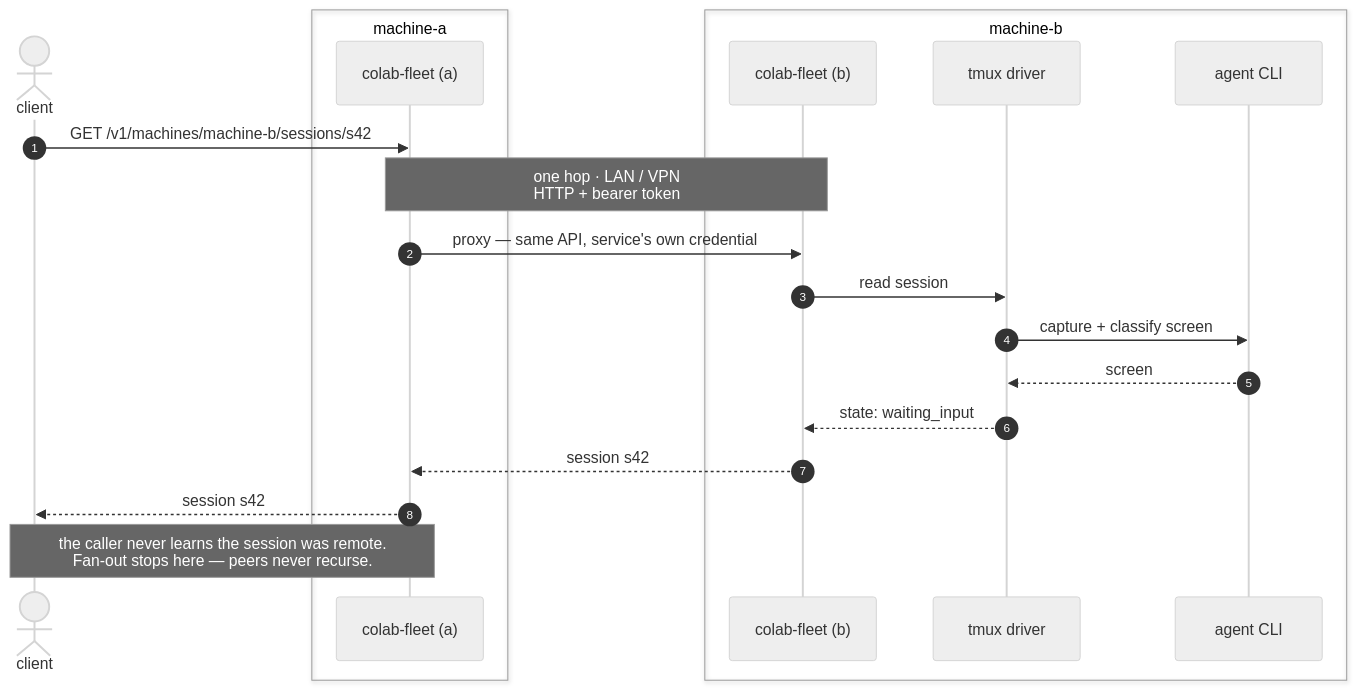
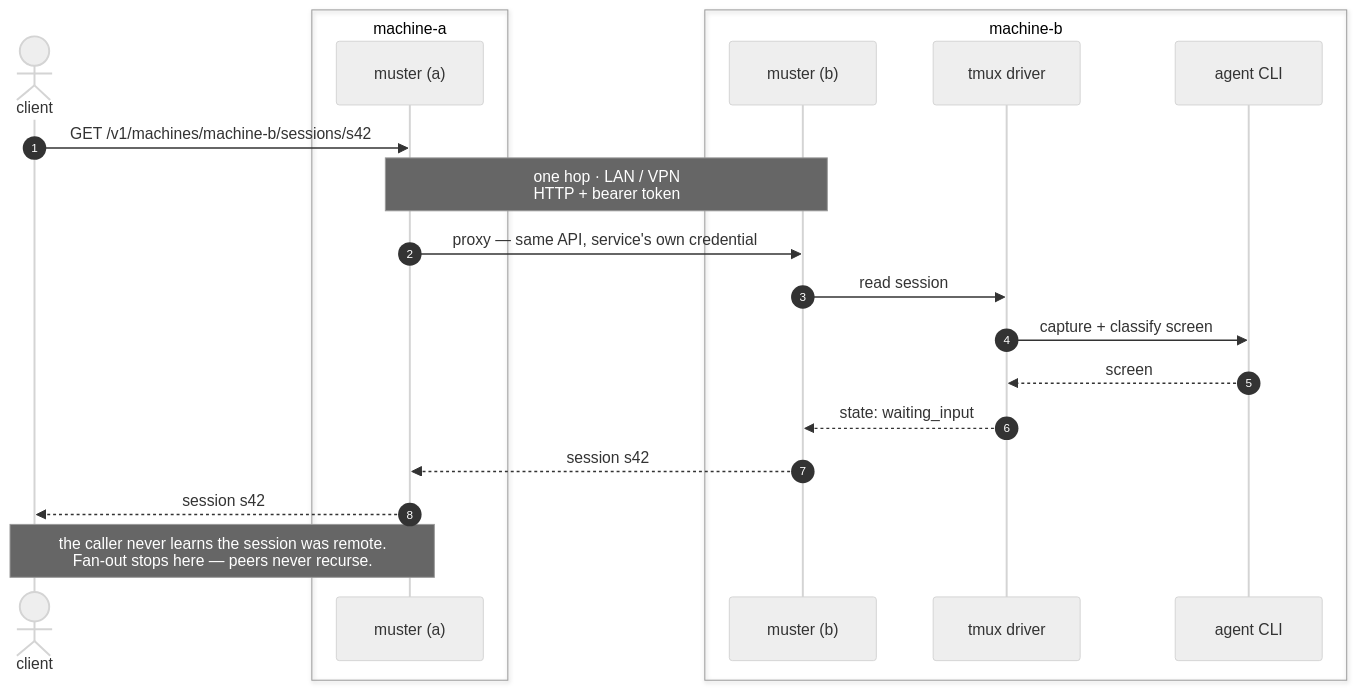
Before and after one commit to futurelastic/colab-fleet: the fourth of 4 diagrams in README.md, drawn with Mermaid (neutral theme). The commit also changed other lines of this file and 337 other files, not shown here.

First line of the commit message:
rename: colab-fleet becomes muster

````diff
--- a/README.md
+++ b/README.md
@@ -290,24 +290,24 @@
 ```mermaid
 sequenceDiagram
     autonumber
     actor C as client
     box transparent machine-a
-        participant A as colab-fleet (a)
+        participant A as muster (a)
     end
     box transparent machine-b
-        participant B as colab-fleet (b)
+        participant B as muster (b)
         participant T as tmux driver
         participant X as agent CLI
     end
 
     C->>A: GET /v1/machines/machine-b/sessions/s42
     Note over A,B: one hop · LAN / VPN<br/>HTTP + bearer token
     A->>B: proxy — same API, service's own credential
     B->>T: read session
     T->>X: capture + classify screen
     X-->>T: screen
     T-->>B: state: waiting_input
     B-->>A: session s42
     A-->>C: session s42
     Note over C,A: the caller never learns the session was remote.<br/>Fan-out stops here — peers never recurse.
 ```
````
